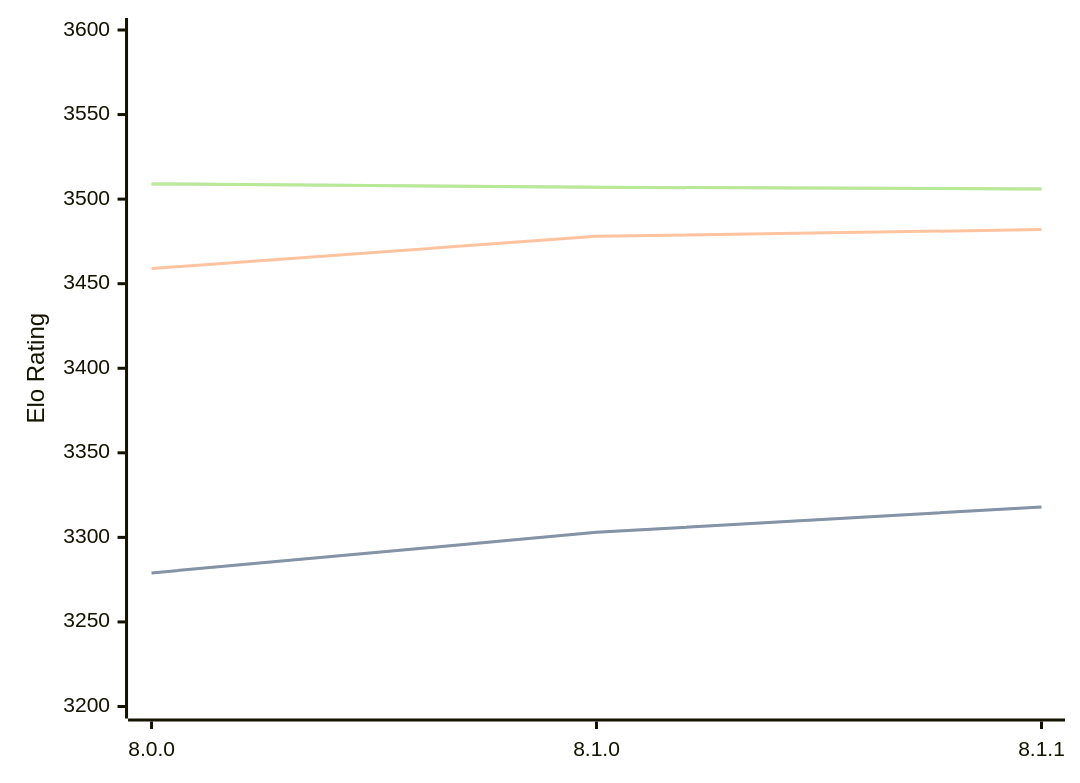
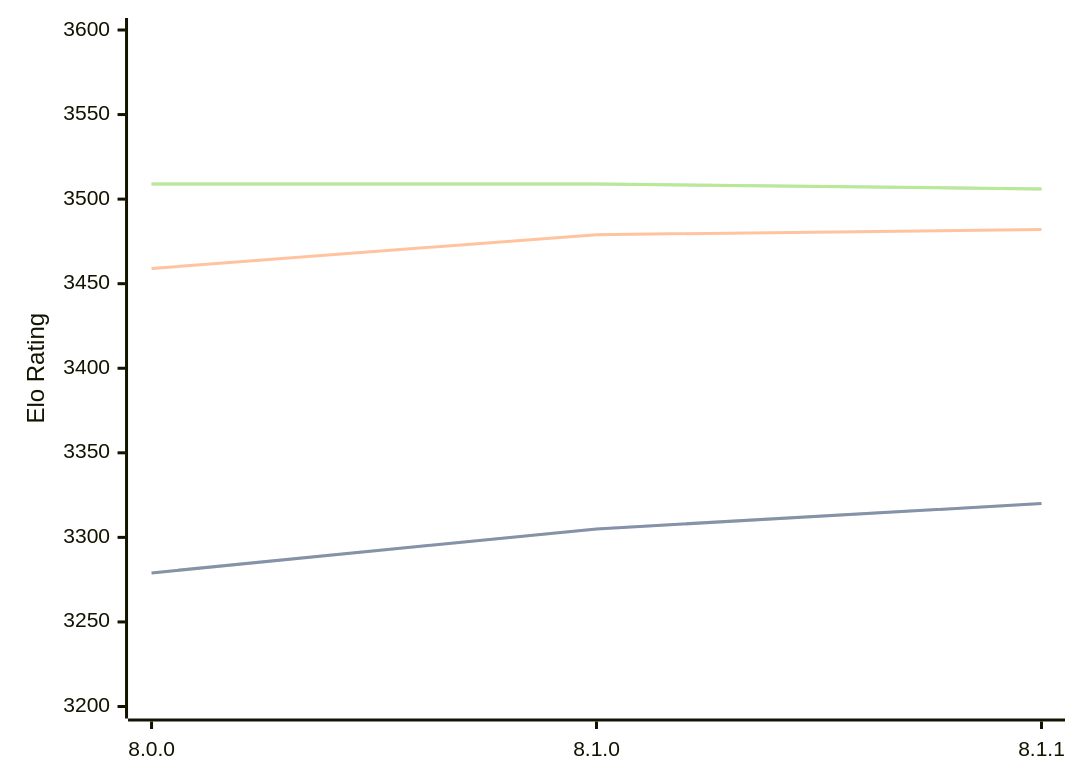
Before and after one commit to computer-chess-index/cci: the diagram in engines/Velvet.md, drawn with Mermaid. The commit also changed other lines of this file, not shown here.

Commit message:
Update CCI Ratings (ELO VLTC) - 2026-04-22

````diff
--- a/engines/Velvet.md
+++ b/engines/Velvet.md
@@ -57,11 +57,11 @@
 ```mermaid
 %%{init: {"theme":"base","themeVariables":{"seriesColors:['#a3a3a3','#222221','#faa371']}}}%%
 xychart-beta
   x-axis ["8.0.0", "8.1.0", "8.1.1"]
   y-axis "Elo Rating" 3200 --> 3600
-  line "STC (8.0+0.08s)" [3279, 3303, 3318]
-  line "STC (8.0+0.08s)" [3279, 3303, 3318]
-  line "LTC (60.0+0.60s)" [3459, 3478, 3482]
-  line "VLTC (2m24s+1.12s)" [3509, 3507, 3506]
-  line "VLTC (2m24s+1.12s)" [3509, 3507, 3506]
+  line "STC (8.0+0.08s)" [3279, 3305, 3320]
+  line "STC (8.0+0.08s)" [3279, 3305, 3320]
+  line "LTC (60.0+0.60s)" [3459, 3479, 3482]
+  line "VLTC (2m24s+1.12s)" [3509, 3509, 3506]
+  line "VLTC (2m24s+1.12s)" [3509, 3509, 3506]
 ```
````
